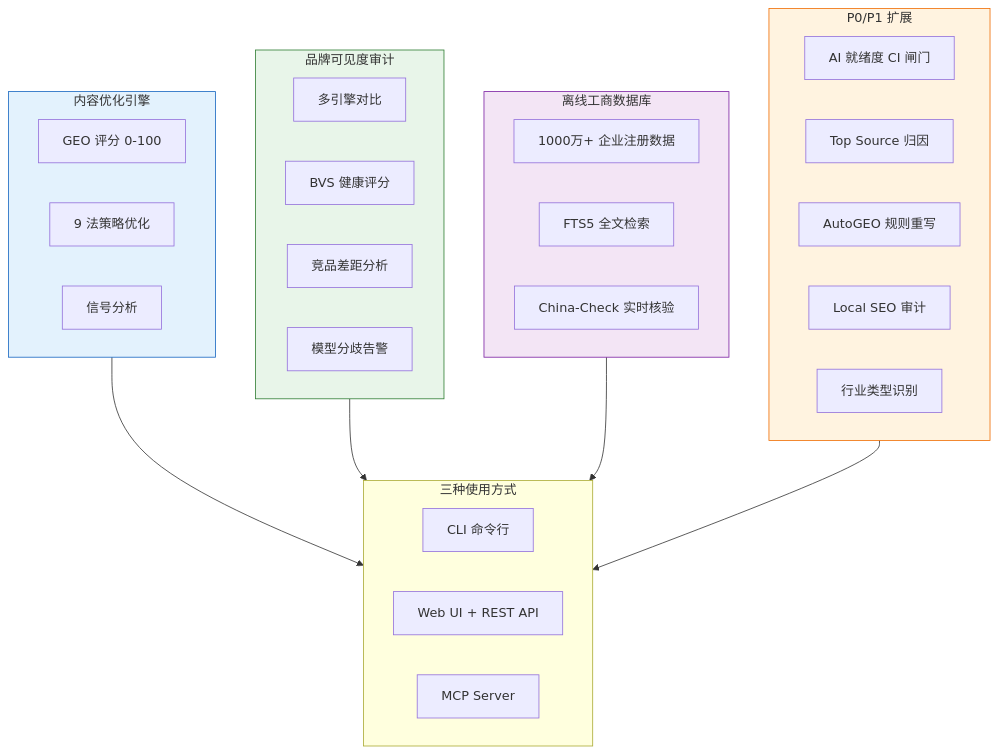
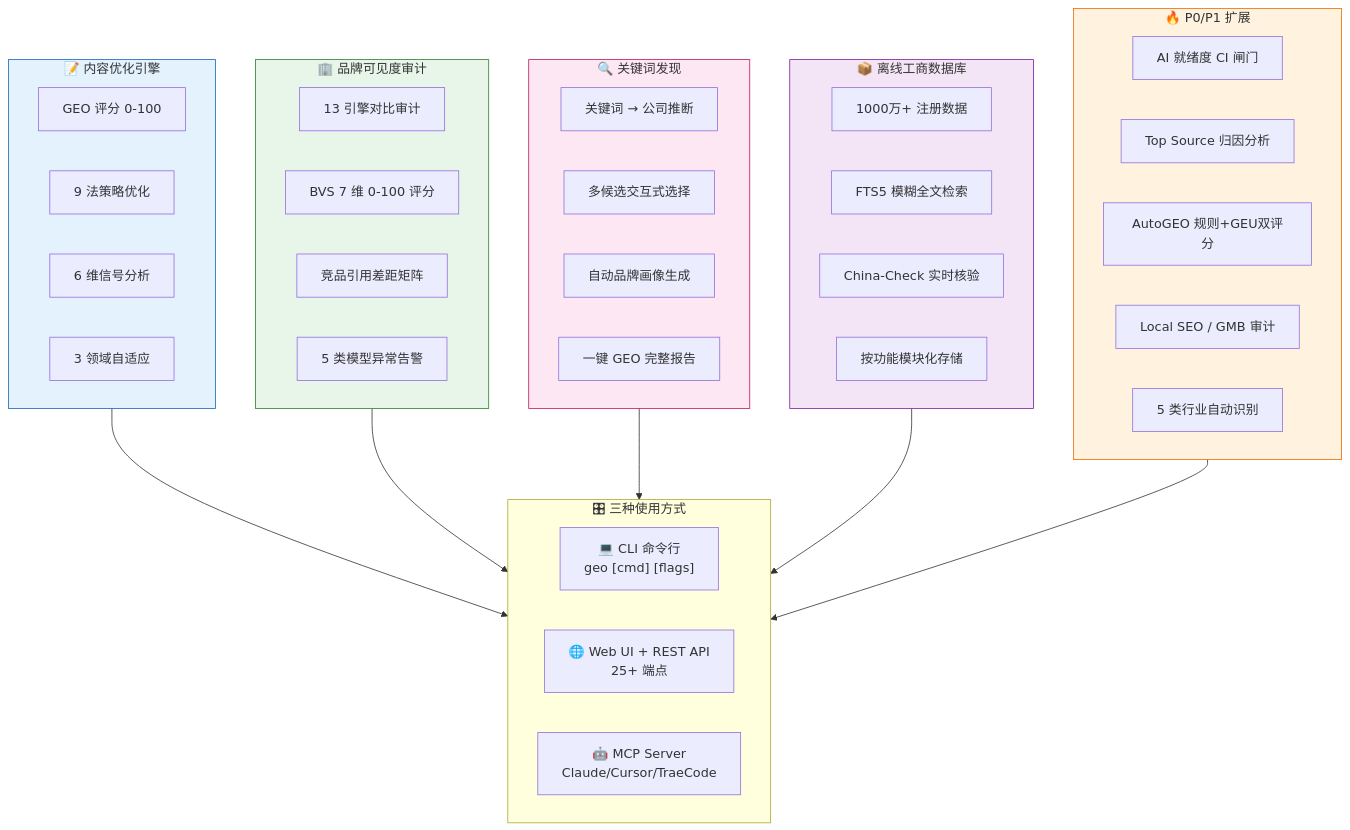
Before and after one commit to deep2code/geo: the eighth of 29 diagrams in docs/getting-started.md, drawn with Mermaid. The commit also changed other lines of this file and 3 other files, not shown here.

First line of the commit message:
docs: 全面美化文档，大量采用 Mermaid 图表

````diff
--- a/docs/getting-started.md
+++ b/docs/getting-started.md
@@ -149,42 +206,52 @@
 ```mermaid
 graph TB
-    subgraph 内容优化["内容优化引擎"]
+    subgraph 内容优化["📝 内容优化引擎"]
         A1["GEO 评分 0-100"]
         A2["9 法策略优化"]
-        A3["信号分析"]
+        A3["6 维信号分析"]
+        A4["3 领域自适应"]
     end
 
-    subgraph 品牌审计["品牌可见度审计"]
-        B1["多引擎对比"]
-        B2["BVS 健康评分"]
-        B3["竞品差距分析"]
-        B4["模型分歧告警"]
+    subgraph 品牌审计["🏢 品牌可见度审计"]
+        B1["13 引擎对比审计"]
+        B2["BVS 7 维 0-100 评分"]
+        B3["竞品引用差距矩阵"]
+        B4["5 类模型异常告警"]
     end
 
-    subgraph 工商数据["离线工商数据库"]
-        C1["1000万+ 企业注册数据"]
-        C2["FTS5 全文检索"]
-        C3["China-Check 实时核验"]
+    subgraph 关键词发现["🔍 关键词发现"]
+        K1["关键词 → 公司推断"]
+        K2["多候选交互式选择"]
+        K3["自动品牌画像生成"]
+        K4["一键 GEO 完整报告"]
     end
 
-    subgraph 高级功能["P0/P1 扩展"]
-        D1["AI 就绪度 CI 闸门"]
-        D2["Top Source 归因"]
-        D3["AutoGEO 规则重写"]
-        D4["Local SEO 审计"]
-        D5["行业类型识别"]
+    subgraph 工商数据["📦 离线工商数据库"]
+        C1["1000万+ 注册数据"]
+        C2["FTS5 模糊全文检索"]
+        C3["China-Check 实时核验"]
+        C4["按功能模块化存储"]
     end
 
-    subgraph 使用方式["三种使用方式"]
-        E1["CLI 命令行"]
-        E2["Web UI + REST API"]
-        E3["MCP Server"]
+    subgraph 高级功能["🔥 P0/P1 扩展"]
+        D1["AI 就绪度 CI 闸门"]
+        D2["Top Source 归因分析"]
+        D3["AutoGEO 规则+GEU双评分"]
+        D4["Local SEO / GMB 审计"]
+        D5["5 类行业自动识别"]
     end
 
-    内容优化 & 品牌审计 & 工商数据 & 高级功能 --> 使用方式
+    subgraph 使用方式["🎛 三种使用方式"]
+        E1["💻 CLI 命令行<br/>geo [cmd] [flags]"]
+        E2["🌐 Web UI + REST API<br/>25+ 端点"]
+        E3["🤖 MCP Server<br/>Claude/Cursor/TraeCode"]
+    end
+
+    内容优化 & 品牌审计 & 关键词发现 & 工商数据 & 高级功能 --> 使用方式
 
     style 内容优化 fill:#e3f2fd,stroke:#1565c0
     style 品牌审计 fill:#e8f5e9,stroke:#2e7d32
+    style 关键词发现 fill:#fce7f3,stroke:#be185d
     style 工商数据 fill:#f3e5f5,stroke:#7b1fa2
     style 高级功能 fill:#fff3e0,stroke:#ef6c00
 ```
````
